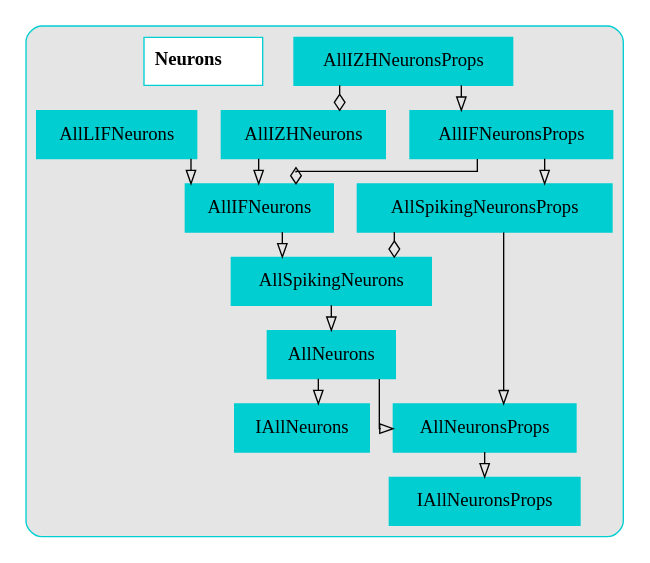
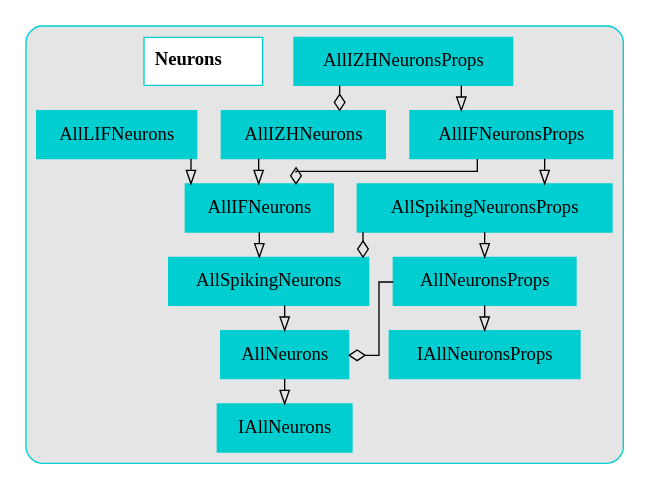
The diagram in Tools/DiagramGenerator/ExampleOutputs/dot_subsystems/Neurons.dot (UWB-Biocomputing/BrainGrid), drawn with Graphviz before and after one commit. The commit also changed 13 other files, not shown here.

```diff
--- a/Tools/DiagramGenerator/ExampleOutputs/dot_subsystems/Neurons.dot
+++ b/Tools/DiagramGenerator/ExampleOutputs/dot_subsystems/Neurons.dot
@@ -1,64 +1,65 @@
 digraph{
 	 graph [splines=ortho]
 
 	subgraph clusterNeurons {
 		style = rounded
 		bgcolor = grey90
 		color = darkturquoise
 		node [shape = record, color = darkturquoise];
 
 		AllIFNeurons[label = AllIFNeurons, style = filled];
 		AllIFNeuronsProps[label = AllIFNeuronsProps, style = filled];
 		AllIZHNeurons[label = AllIZHNeurons, style = filled];
 		AllIZHNeuronsProps[label = AllIZHNeuronsProps, style = filled];
 		AllLIFNeurons[label = AllLIFNeurons, style = filled];
 		AllNeurons[label = AllNeurons, style = filled];
 		AllNeuronsProps[label = AllNeuronsProps, style = filled];
 		AllSpikingNeurons[label = AllSpikingNeurons, style = filled];
 		AllSpikingNeuronsProps[label = AllSpikingNeuronsProps, style = filled];
 		IAllNeurons[label = IAllNeurons, style = filled];
 		IAllNeuronsProps[label = IAllNeuronsProps, style = filled];
 		Neurons[label =< <B> Neurons</B>>, style = bold, fillcolor = white, style = filled];
 
 
 		//------LAYOUT FOR SUBGRAPH------
 
 
 		rankdir = BT; // Rank Direction Bottom to Top
 		nodesep = 1.5; // Node Separation
 		ranksep = 1.5; // Rank Separation
 
 
 		//INHERITANCE//
 
 
 		AllIFNeurons -> AllSpikingNeurons [arrowhead=empty];
 
 		AllIFNeuronsProps -> AllSpikingNeuronsProps [arrowhead=empty];
 
 		AllIZHNeurons -> AllIFNeurons [arrowhead=empty];
 
 		AllIZHNeuronsProps -> AllIFNeuronsProps [arrowhead=empty];
 
 		AllLIFNeurons -> AllIFNeurons [arrowhead=empty];
 
-		AllNeurons -> AllNeuronsProps [arrowhead=empty];
 		AllNeurons -> IAllNeurons [arrowhead=empty];
 
 		AllNeuronsProps -> IAllNeuronsProps [arrowhead=empty];
 
 		AllSpikingNeurons -> AllNeurons [arrowhead=empty];
 
 		AllSpikingNeuronsProps -> AllNeuronsProps [arrowhead=empty];
 
 
 		//COMPOSITION//
 
 
 		AllIFNeuronsProps -> AllIFNeurons [arrowhead=ediamond];
 
 		AllIZHNeuronsProps -> AllIZHNeurons [arrowhead=ediamond];
 
+		AllNeuronsProps -> AllNeurons [arrowhead=ediamond];
+
 		AllSpikingNeuronsProps -> AllSpikingNeurons [arrowhead=ediamond];
 	}//end subgraph Neurons
 }//end digraph
```
